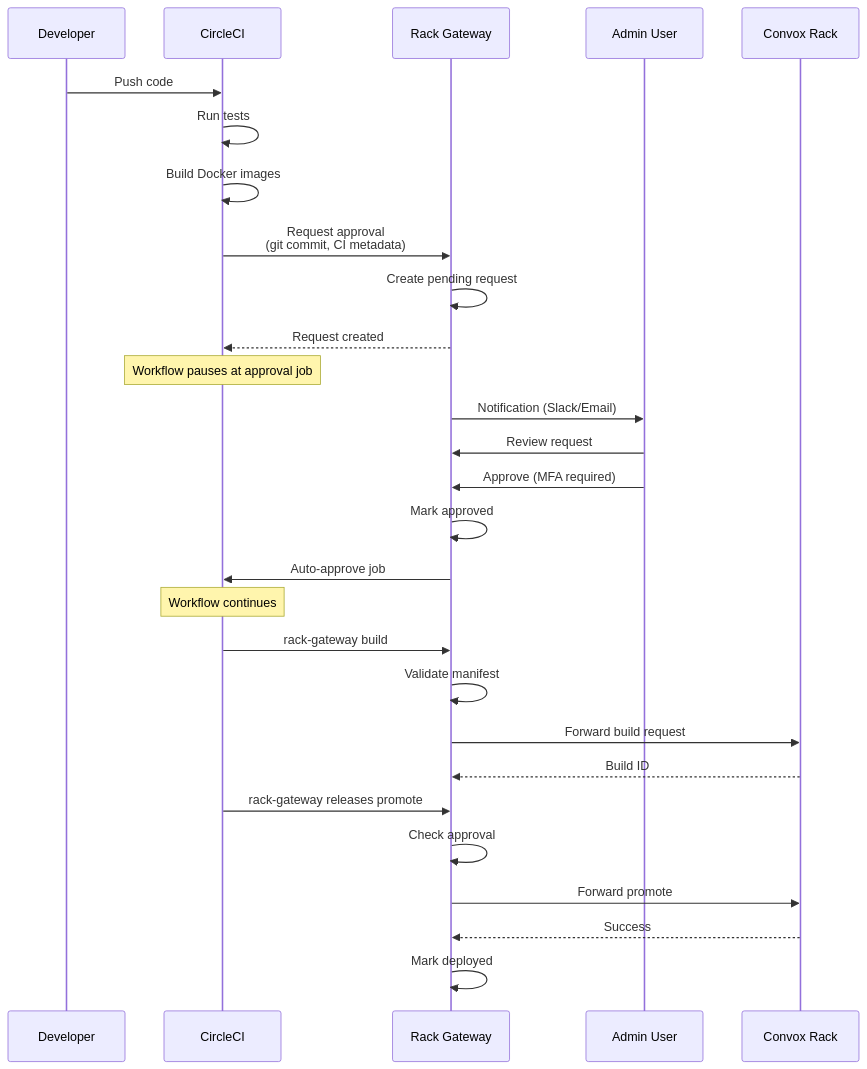
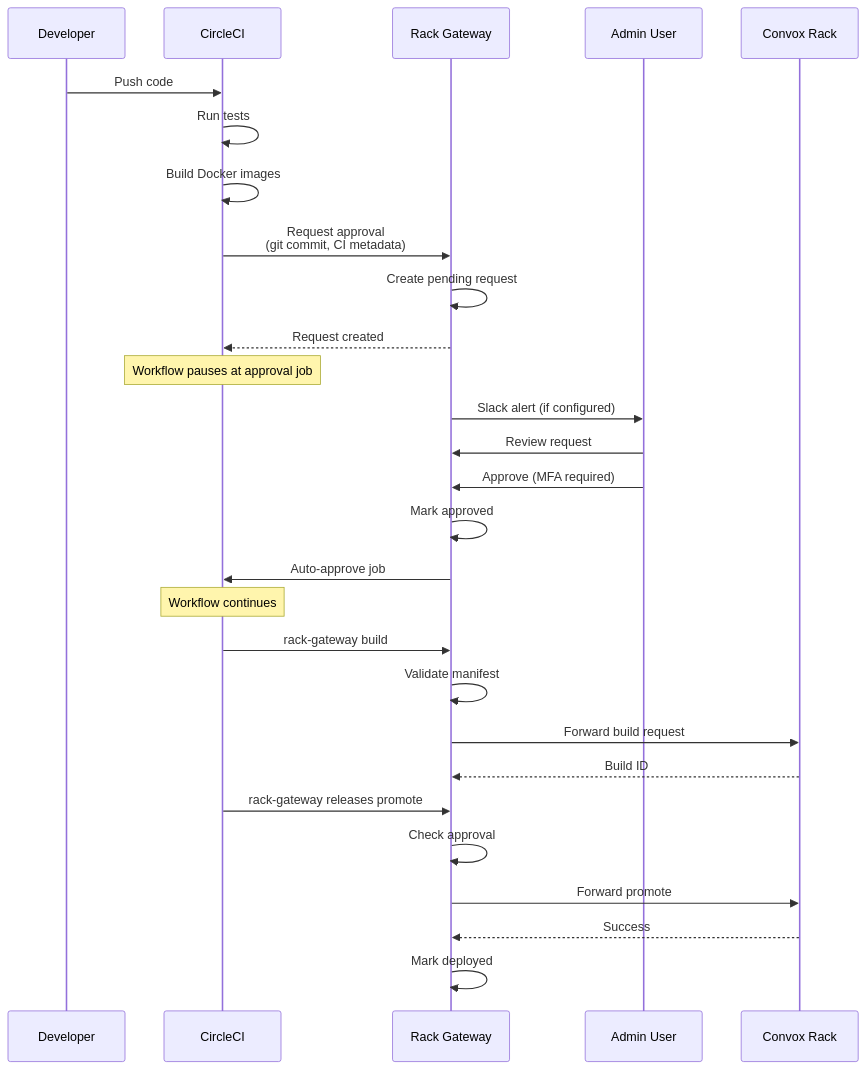
One commit to DocSpring/rack-gateway changed the first of 6 diagrams in docs/src/content/docs/integrations/deploy-approvals/workflow.mdx. Above: the diagram before and after it, drawn with Mermaid. The commit also changed other lines of this file and 108 other files, not shown here.

````diff
--- a/docs/src/content/docs/integrations/deploy-approvals/workflow.mdx
+++ b/docs/src/content/docs/integrations/deploy-approvals/workflow.mdx
@@ -12,38 +12,38 @@
 ```mermaid
 sequenceDiagram
     participant Dev as Developer
     participant CI as CircleCI
     participant Gateway as Rack Gateway
     participant Admin as Admin User
     participant Convox as Convox Rack
 
     Dev->>CI: Push code
     CI->>CI: Run tests
     CI->>CI: Build Docker images
 
     CI->>Gateway: Request approval<br/>(git commit, CI metadata)
     Gateway->>Gateway: Create pending request
     Gateway-->>CI: Request created
 
     Note over CI: Workflow pauses at approval job
 
-    Gateway->>Admin: Notification (Slack/Email)
+    Gateway->>Admin: Slack alert (if configured)
     Admin->>Gateway: Review request
     Admin->>Gateway: Approve (MFA required)
     Gateway->>Gateway: Mark approved
     Gateway->>CI: Auto-approve job
 
     Note over CI: Workflow continues
 
     CI->>Gateway: rack-gateway build
     Gateway->>Gateway: Validate manifest
     Gateway->>Convox: Forward build request
     Convox-->>Gateway: Build ID
 
     CI->>Gateway: rack-gateway releases promote
     Gateway->>Gateway: Check approval
     Gateway->>Convox: Forward promote
     Convox-->>Gateway: Success
 
     Gateway->>Gateway: Mark deployed
 ```
````
